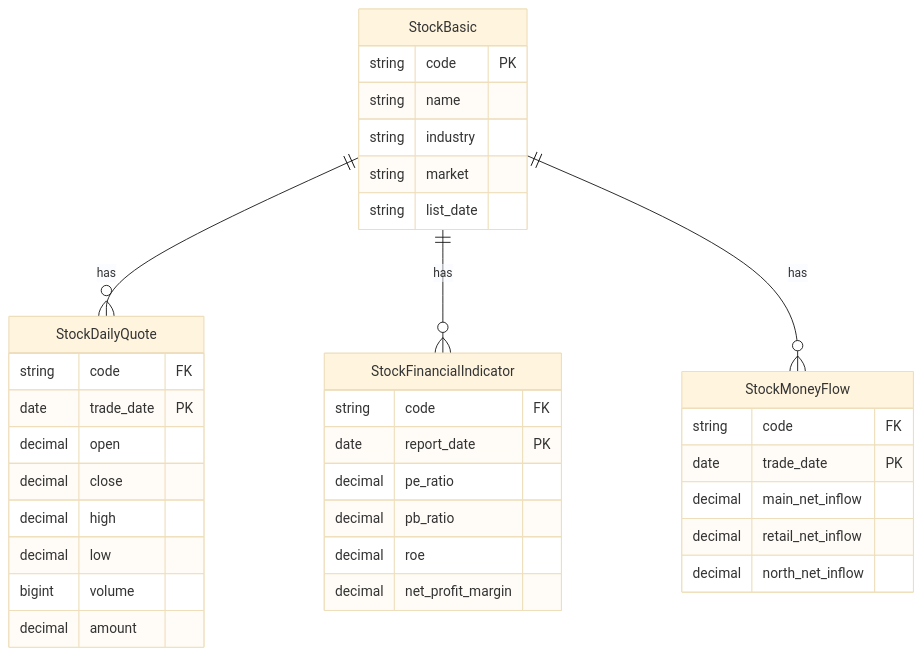
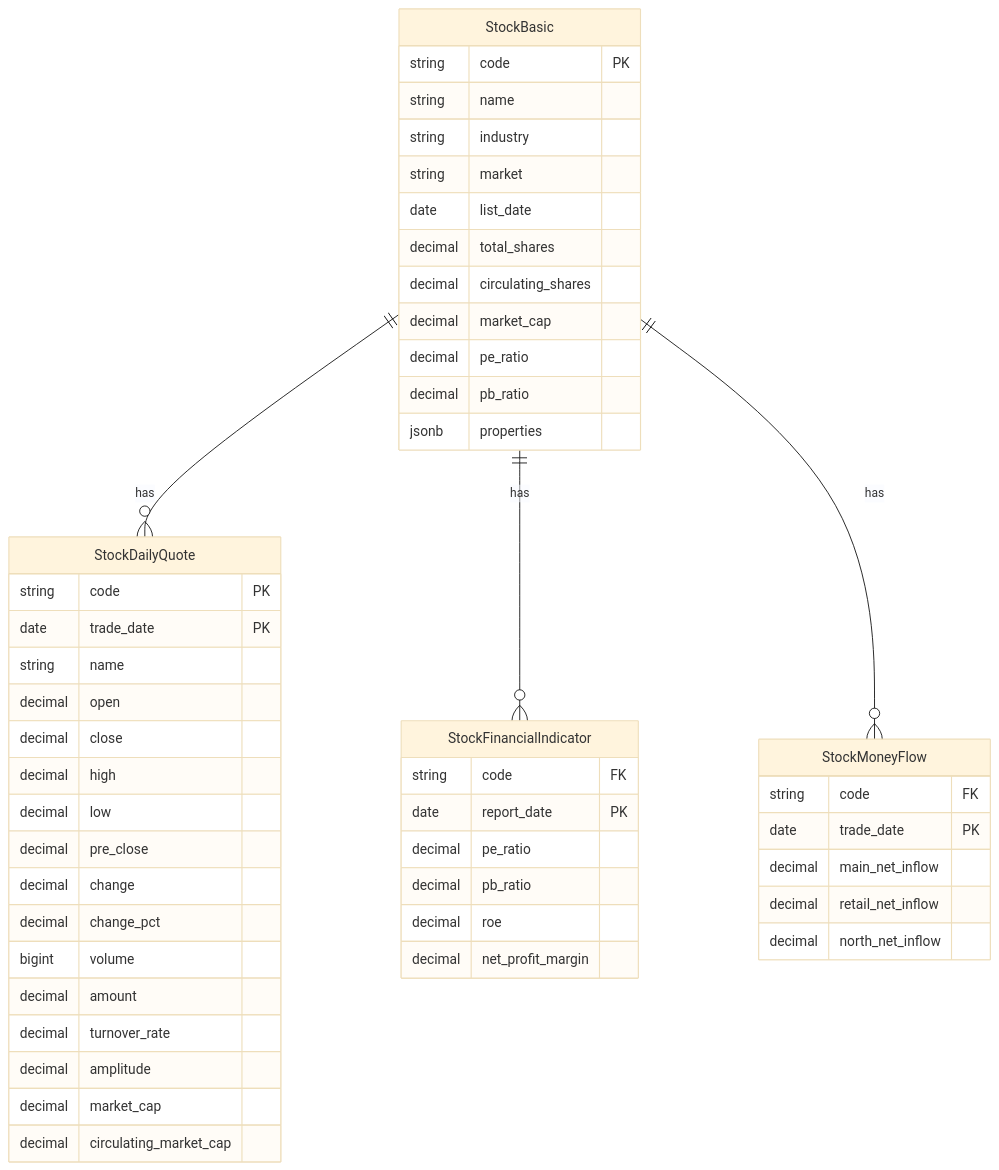
The seventh of 7 diagrams in ARCHITECTURE.md (BilleChu/wavelet), drawn with Mermaid (base theme) before and after one commit. The commit also changed other lines of this file and 425 other files, not shown here.

````diff
--- a/ARCHITECTURE.md
+++ b/ARCHITECTURE.md
@@ -616,42 +417,56 @@
 ```mermaid
 erDiagram
     StockBasic ||--o{ StockDailyQuote : has
     StockBasic ||--o{ StockFinancialIndicator : has
     StockBasic ||--o{ StockMoneyFlow : has
     
     StockBasic {
         string code PK
         string name
         string industry
         string market
-        string list_date
+        date list_date
+        decimal total_shares
+        decimal circulating_shares
+        decimal market_cap
+        decimal pe_ratio
+        decimal pb_ratio
+        jsonb properties
     }
     
     StockDailyQuote {
-        string code FK
+        string code PK
         date trade_date PK
+        string name
         decimal open
         decimal close
         decimal high
         decimal low
+        decimal pre_close
+        decimal change
+        decimal change_pct
         bigint volume
         decimal amount
+        decimal turnover_rate
+        decimal amplitude
+        decimal market_cap
+        decimal circulating_market_cap
     }
     
     StockFinancialIndicator {
         string code FK
         date report_date PK
         decimal pe_ratio
         decimal pb_ratio
         decimal roe
         decimal net_profit_margin
     }
     
     StockMoneyFlow {
         string code FK
         date trade_date PK
         decimal main_net_inflow
         decimal retail_net_inflow
         decimal north_net_inflow
     }
 ```
````
